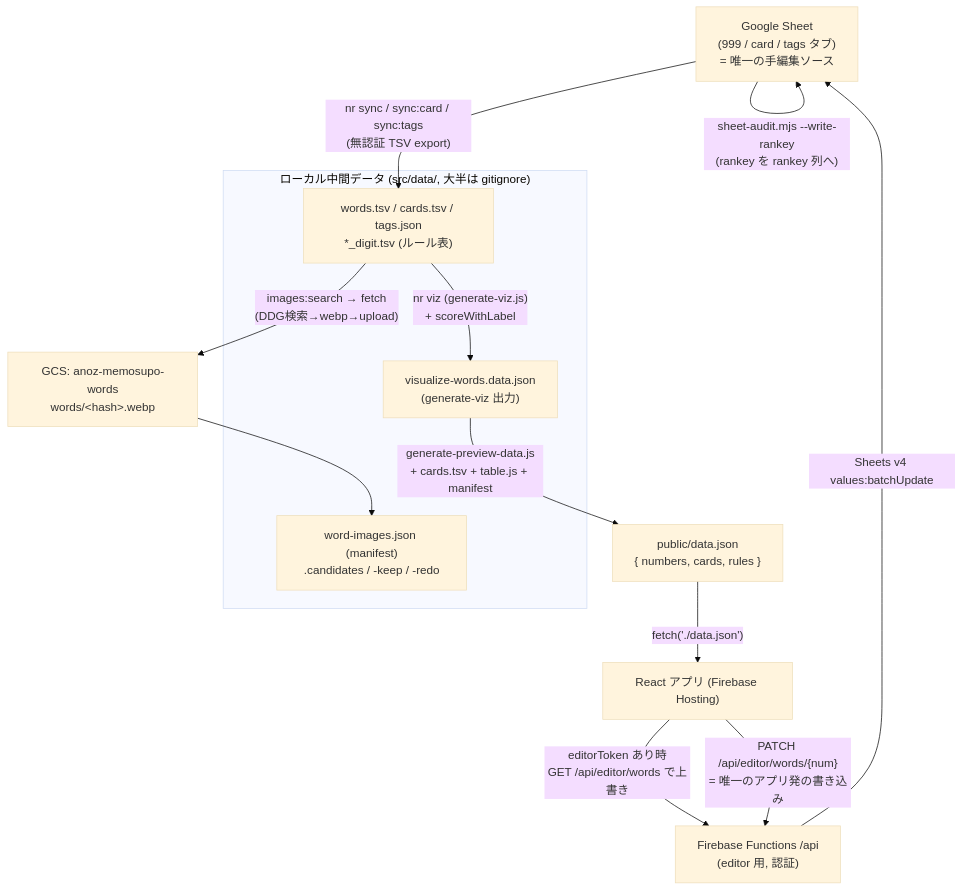
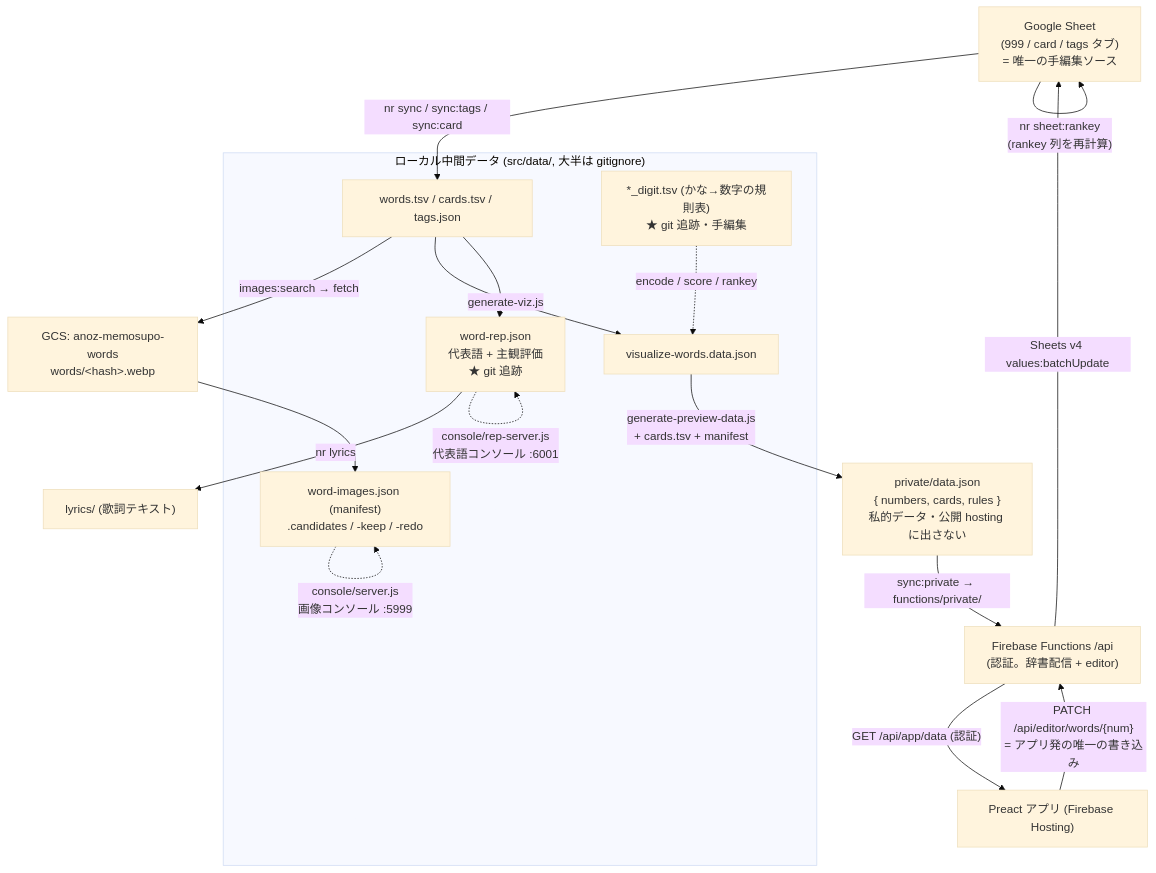
Before and after one commit to elzup/999: the diagram in docs/data-flow.md, drawn with Mermaid (base theme). The commit also changed other lines of this file, not shown here.

First line of the commit message:
docs: データフロー図を現状に合わせて整理

````diff
--- a/docs/data-flow.md
+++ b/docs/data-flow.md
@@ -14,26 +14,34 @@
 ```mermaid
 flowchart TD
   Sheet["Google Sheet<br/>(999 / card / tags タブ)<br/>= 唯一の手編集ソース"]
 
   subgraph local["ローカル中間データ (src/data/, 大半は gitignore)"]
-    tsv["words.tsv / cards.tsv / tags.json<br/>*_digit.tsv (ルール表)"]
+    tsv["words.tsv / cards.tsv / tags.json"]
+    rules["*_digit.tsv (かな→数字の規則表)<br/>★ git 追跡・手編集"]
+    rep["word-rep.json<br/>代表語 + 主観評価<br/>★ git 追跡"]
     imgstate["word-images.json (manifest)<br/>.candidates / -keep / -redo"]
-    vizjson["visualize-words.data.json<br/>(generate-viz 出力)"]
+    vizjson["visualize-words.data.json"]
   end
 
   GCS["GCS: anoz-memosupo-words<br/>words/&lt;hash&gt;.webp"]
-  dataJson["public/data.json<br/>{ numbers, cards, rules }"]
-  App["React アプリ (Firebase Hosting)"]
-  API["Firebase Functions /api<br/>(editor 用, 認証)"]
+  priv["private/data.json<br/>{ numbers, cards, rules }<br/>私的データ・公開 hosting に出さない"]
+  App["Preact アプリ (Firebase Hosting)"]
+  API["Firebase Functions /api<br/>(認証。辞書配信 + editor)"]
+  Lyr["lyrics/ (歌詞テキスト)"]
 
-  Sheet -- "nr sync / sync:card / sync:tags<br/>(無認証 TSV export)" --> tsv
-  tsv -- "images:search → fetch<br/>(DDG検索→webp→upload)" --> GCS
+  Sheet -- "nr sync / sync:tags / sync:card" --> tsv
+  tsv -- "images:search → fetch" --> GCS
   GCS --> imgstate
-  tsv -- "nr viz (generate-viz.js)<br/>+ scoreWithLabel" --> vizjson
-  vizjson -- "generate-preview-data.js<br/>+ cards.tsv + table.js + manifest" --> dataJson
-  dataJson -- "fetch('./data.json')" --> App
-  App -- "editorToken あり時<br/>GET /api/editor/words で上書き" --> API
-  App -- "PATCH /api/editor/words/{num}<br/>= 唯一のアプリ発の書き込み" --> API
+  rules -. "encode / score / rankey" .-> vizjson
+  tsv -- "generate-viz.js" --> vizjson
+  vizjson -- "generate-preview-data.js<br/>+ cards.tsv + manifest" --> priv
+  priv -- "sync:private → functions/private/" --> API
+  API -- "GET /api/app/data (認証)" --> App
+  App -- "PATCH /api/editor/words/{num}<br/>= アプリ発の唯一の書き込み" --> API
   API -- "Sheets v4 values:batchUpdate" --> Sheet
-  Sheet -- "sheet-audit.mjs --write-rankey<br/>(rankey を rankey 列へ)" --> Sheet
+  Sheet -- "nr sheet:rankey<br/>(rankey 列を再計算)" --> Sheet
+  tsv --> rep
+  rep -- "nr lyrics" --> Lyr
+  rep -. "console/rep-server.js<br/>代表語コンソール :6001" .-> rep
+  imgstate -. "console/server.js<br/>画像コンソール :5999" .-> imgstate
 ```
````
